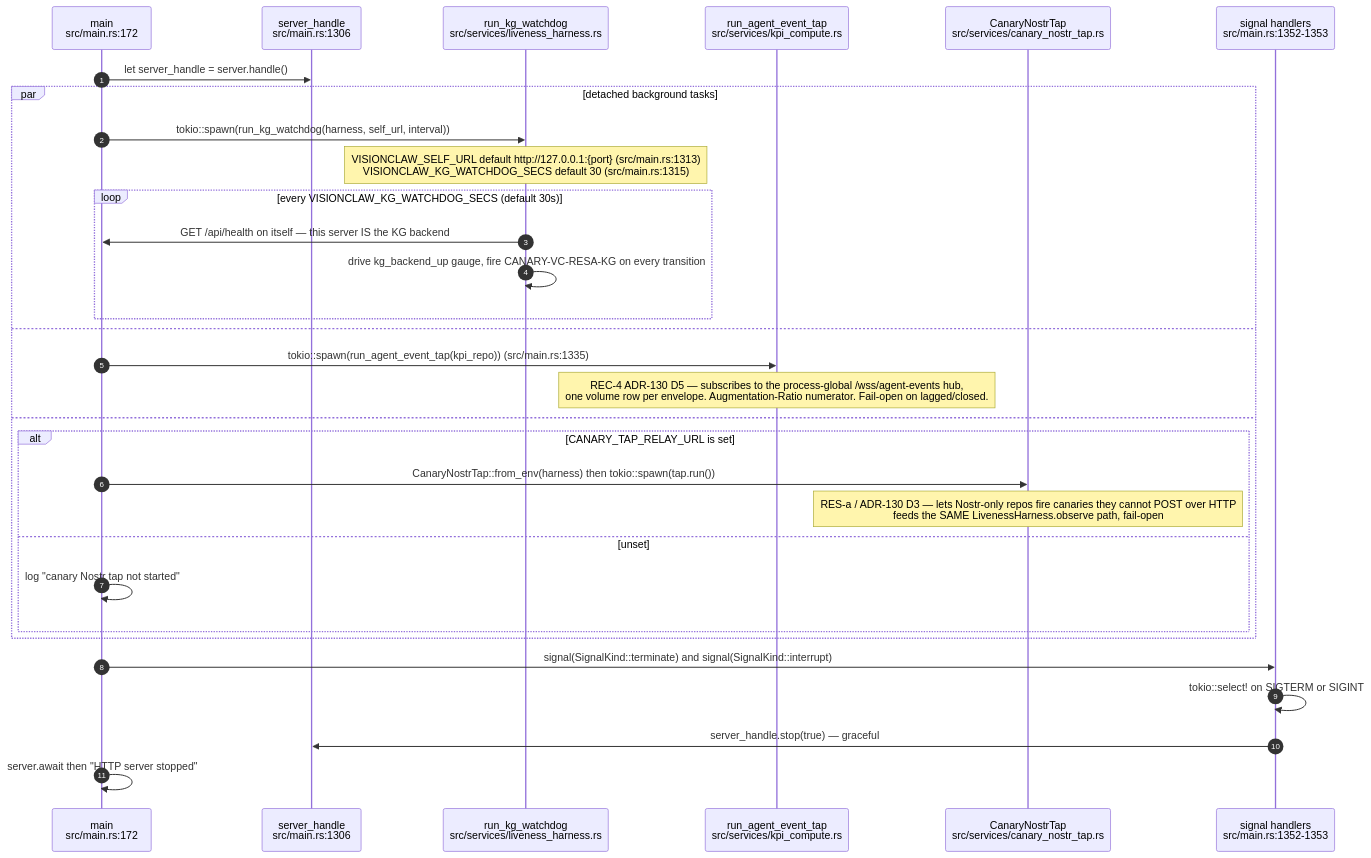
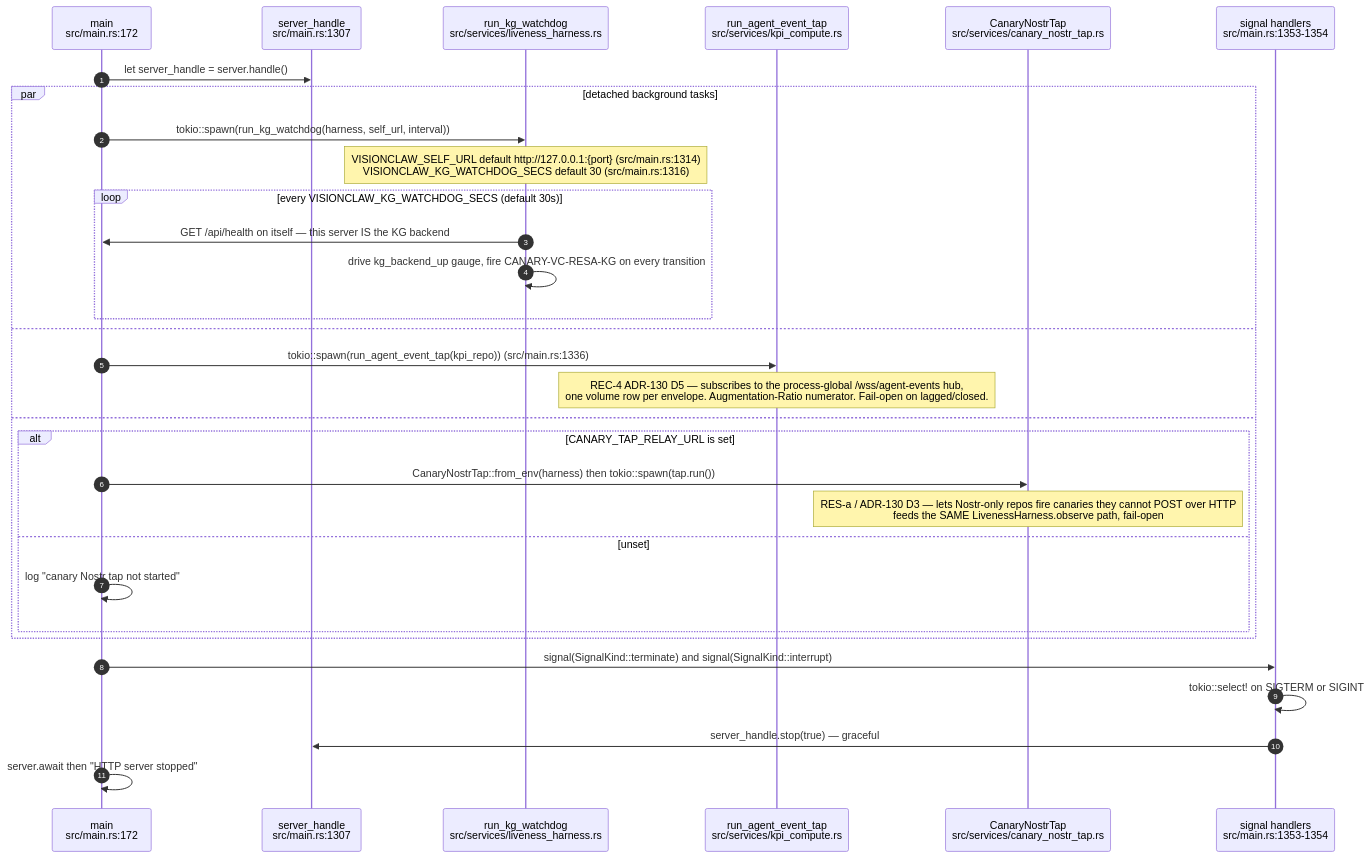
One commit to DreamLab-AI/VisionFlow changed the seventh of 13 diagrams in docs/diagrams/visionclaw/01-boot-and-app-state.md. Above: the diagram before and after it, drawn with Mermaid. The commit also changed other lines of this file and 49 other files, not shown here.

First line of the commit message:
docs(diagrams): re-derive and re-stamp VisionClaw, estate, knowledge-graph, visionGraph, VisionFlow and sidestr topics

````diff
--- a/docs/diagrams/visionclaw/01-boot-and-app-state.md
+++ b/docs/diagrams/visionclaw/01-boot-and-app-state.md
@@ -360,34 +360,34 @@
 ```mermaid
 sequenceDiagram
     autonumber
     participant M as main<br/>src/main.rs:172
-    participant SH as server_handle<br/>src/main.rs:1306
+    participant SH as server_handle<br/>src/main.rs:1307
     participant WD as run_kg_watchdog<br/>src/services/liveness_harness.rs
     participant TAP as run_agent_event_tap<br/>src/services/kpi_compute.rs
     participant CT as CanaryNostrTap<br/>src/services/canary_nostr_tap.rs
-    participant SIG as signal handlers<br/>src/main.rs:1352-1353
+    participant SIG as signal handlers<br/>src/main.rs:1353-1354
 
     M->>SH: let server_handle = server.handle()
     par detached background tasks
         M->>WD: tokio::spawn(run_kg_watchdog(harness, self_url, interval))
-        Note over WD: VISIONCLAW_SELF_URL default http://127.0.0.1:{port} (src/main.rs:1313)<br/>VISIONCLAW_KG_WATCHDOG_SECS default 30 (src/main.rs:1315)
+        Note over WD: VISIONCLAW_SELF_URL default http://127.0.0.1:{port} (src/main.rs:1314)<br/>VISIONCLAW_KG_WATCHDOG_SECS default 30 (src/main.rs:1316)
         loop every VISIONCLAW_KG_WATCHDOG_SECS (default 30s)
             WD->>M: GET /api/health on itself — this server IS the KG backend
             WD->>WD: drive kg_backend_up gauge, fire CANARY-VC-RESA-KG on every transition
         end
     and
-        M->>TAP: tokio::spawn(run_agent_event_tap(kpi_repo)) (src/main.rs:1335)
+        M->>TAP: tokio::spawn(run_agent_event_tap(kpi_repo)) (src/main.rs:1336)
         Note over TAP: REC-4 ADR-130 D5 — subscribes to the process-global /wss/agent-events hub,<br/>one volume row per envelope. Augmentation-Ratio numerator. Fail-open on lagged/closed.
     and
         alt CANARY_TAP_RELAY_URL is set
             M->>CT: CanaryNostrTap::from_env(harness) then tokio::spawn(tap.run())
             Note over CT: RES-a / ADR-130 D3 — lets Nostr-only repos fire canaries they cannot POST over HTTP<br/>feeds the SAME LivenessHarness.observe path, fail-open
         else unset
             M->>M: log "canary Nostr tap not started"
         end
     end
     M->>SIG: signal(SignalKind::terminate) and signal(SignalKind::interrupt)
     SIG->>SIG: tokio::select! on SIGTERM or SIGINT
     SIG->>SH: server_handle.stop(true) — graceful
     M->>M: server.await then "HTTP server stopped"
 ```
````
